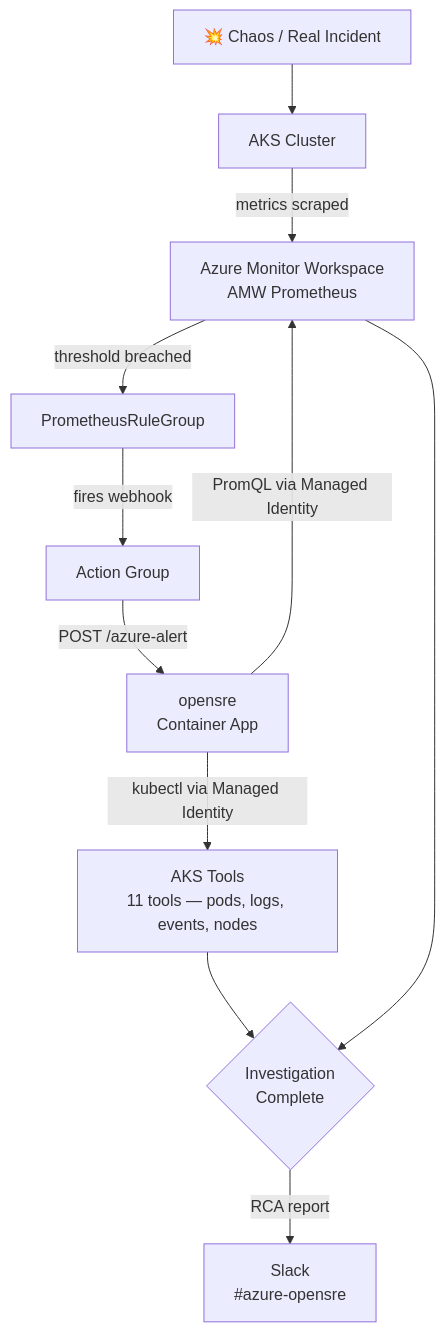
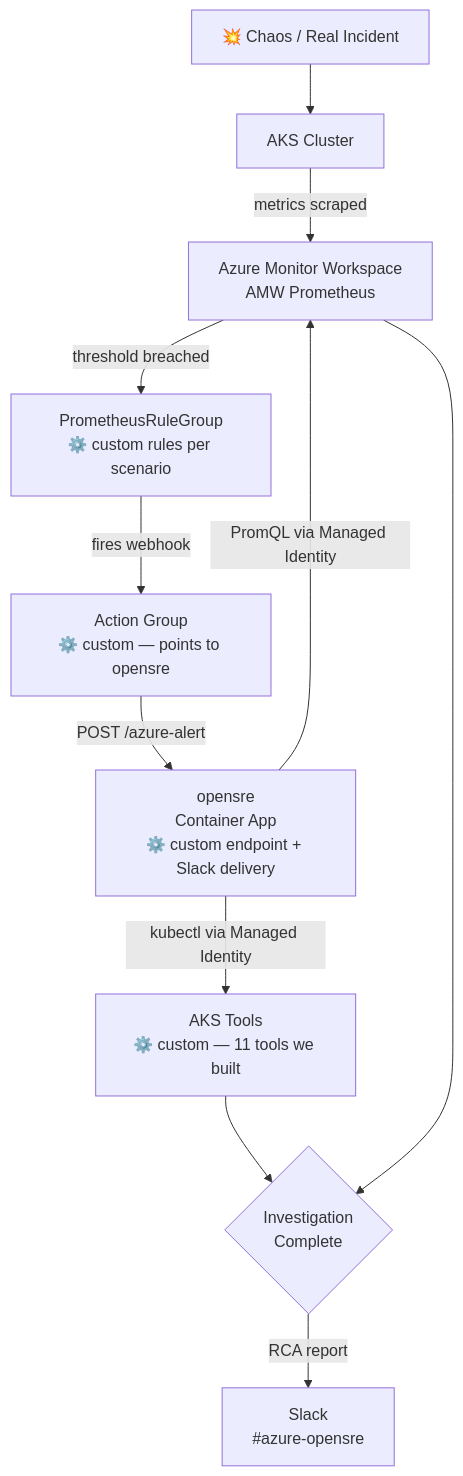
One commit to misua/opensre-azure changed the diagram in README.md. Above: the diagram before and after it, drawn with Mermaid. The commit also changed other lines of this file, not shown here.

Commit message:
Label custom components in flowchart

````diff
--- a/README.md
+++ b/README.md
@@ -7,14 +7,14 @@
 ```mermaid
 flowchart TD
     A[💥 Chaos / Real Incident] --> B[AKS Cluster]
     B -->|metrics scraped| C[Azure Monitor Workspace\nAMW Prometheus]
-    C -->|threshold breached| D[PrometheusRuleGroup]
-    D -->|fires webhook| E[Action Group]
-    E -->|POST /azure-alert| F[opensre\nContainer App]
+    C -->|threshold breached| D[PrometheusRuleGroup\n⚙️ custom rules per scenario]
+    D -->|fires webhook| E[Action Group\n⚙️ custom — points to opensre]
+    E -->|POST /azure-alert| F[opensre\nContainer App\n⚙️ custom endpoint + Slack delivery]
 
-    F -->|kubectl via Managed Identity| G[AKS Tools\n11 tools — pods, logs, events, nodes]
+    F -->|kubectl via Managed Identity| G[AKS Tools\n⚙️ custom — 11 tools we built]
     F -->|PromQL via Managed Identity| C
     G --> H{Investigation\nComplete}
     C --> H
     H -->|RCA report| I[Slack\n#azure-opensre]
 ```
````
